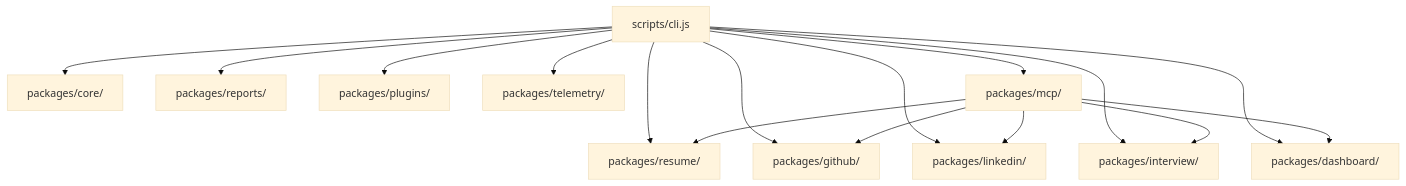
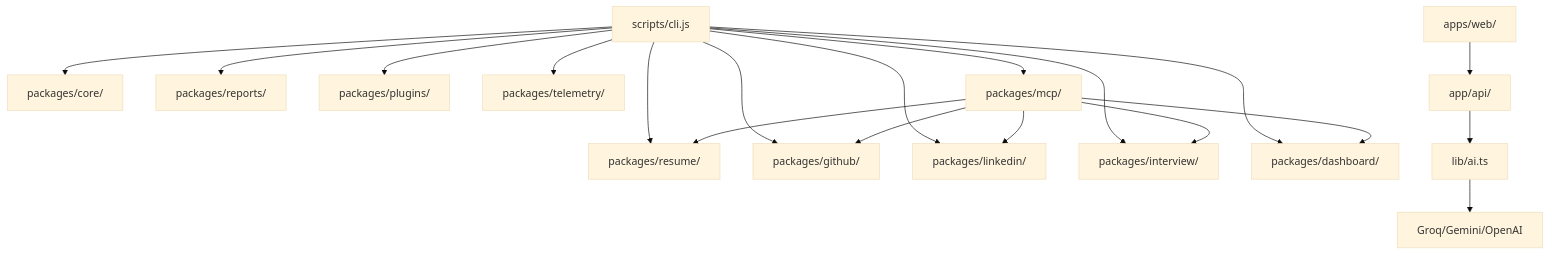
Before and after one commit to karthikrshet/Career-Agents: the diagram in README.md, drawn with Mermaid (base theme). The commit also changed other lines of this file and 1 other file, not shown here.

````diff
--- a/README.md
+++ b/README.md
@@ -214,19 +148,23 @@
 ```mermaid
 graph TD
     CLI[scripts/cli.js] --> Core[packages/core/]
     CLI --> Resume[packages/resume/]
     CLI --> GitHub[packages/github/]
     CLI --> LinkedIn[packages/linkedin/]
     CLI --> Interview[packages/interview/]
     CLI --> Dashboard[packages/dashboard/]
     CLI --> Reports[packages/reports/]
     CLI --> Plugins[packages/plugins/]
     CLI --> Telemetry[packages/telemetry/]
     CLI --> MCP[packages/mcp/]
     
     MCP --> Resume
     MCP --> GitHub
     MCP --> LinkedIn
     MCP --> Interview
     MCP --> Dashboard
+
+    WebApp[apps/web/] --> API[app/api/]
+    API --> AI[lib/ai.ts]
+    AI --> ExternalAPIs[Groq/Gemini/OpenAI]
 ```
````
